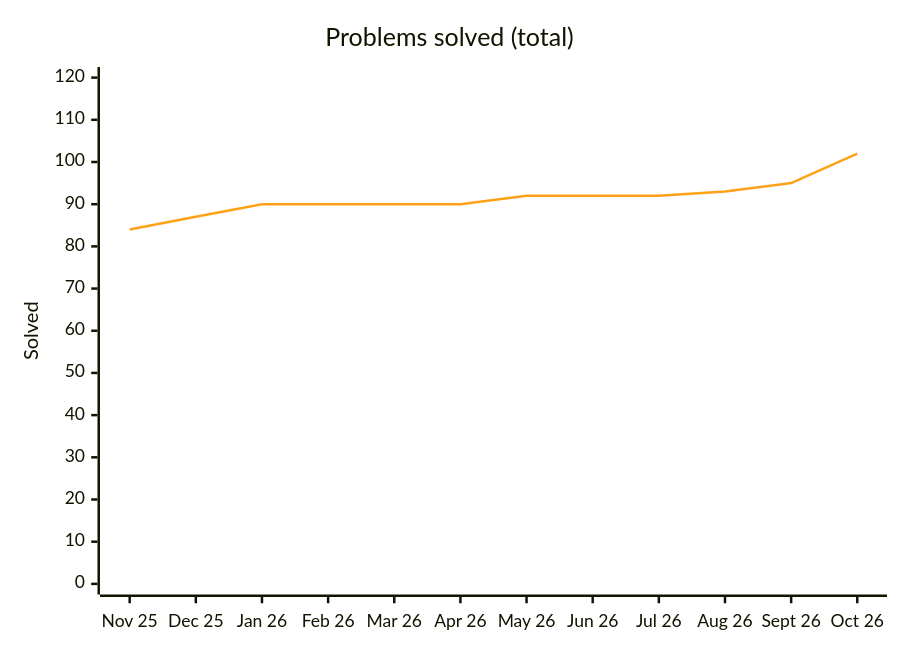
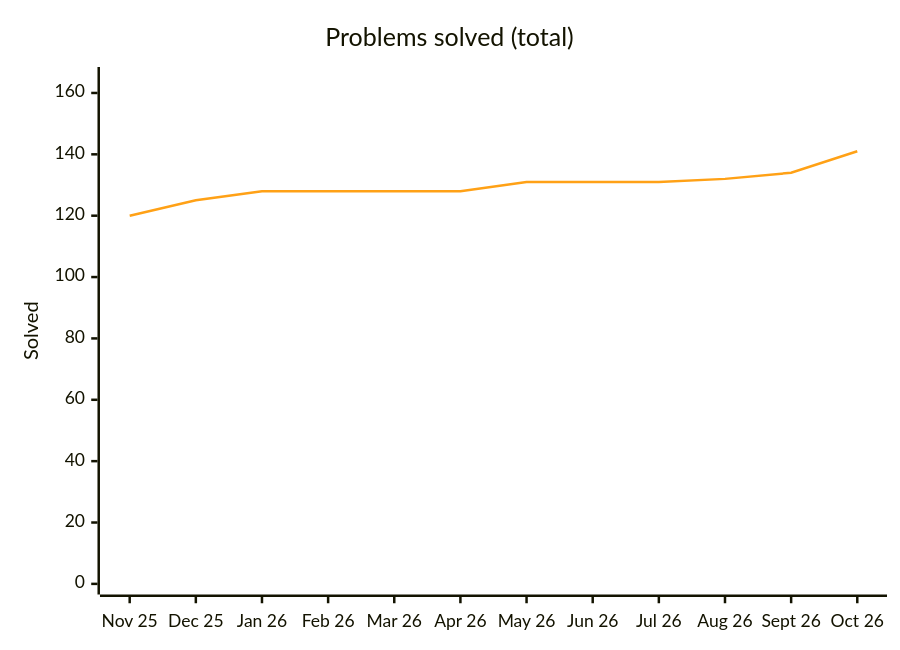
The diagram in README.md (samy-D5/Leetcode), drawn with Mermaid before and after one commit. The commit also changed other lines of this file and 44 other files, not shown here.

````diff
--- a/README.md
+++ b/README.md
@@ -42,8 +42,8 @@
 ```mermaid
 %%{init: {"themeVariables": {"xyChart": {"plotColorPalette": "#ffa116"}}}}%%
 xychart-beta
     title "Problems solved (total)"
     x-axis ["Nov 25", "Dec 25", "Jan 26", "Feb 26", "Mar 26", "Apr 26", "May 26", "Jun 26", "Jul 26", "Aug 26", "Sept 26", "Oct 26"]
-    y-axis "Solved" 0 --> 120
-    line [84, 87, 90, 90, 90, 90, 92, 92, 92, 93, 95, 102]
+    y-axis "Solved" 0 --> 165
+    line [120, 125, 128, 128, 128, 128, 131, 131, 131, 132, 134, 141]
 ```
````
